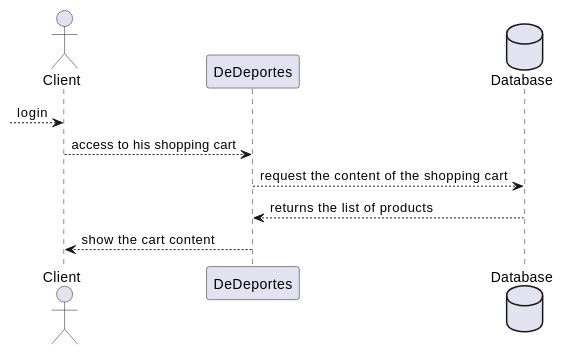
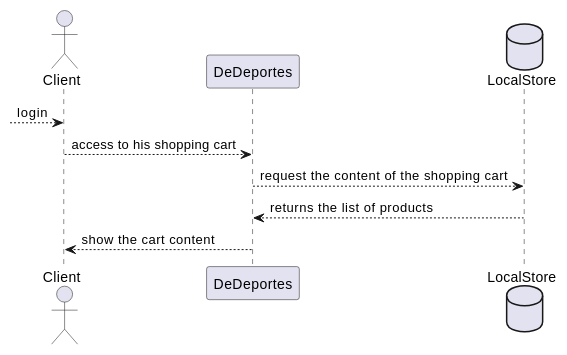
The second of 3 diagrams in docs/06_runtime_view.adoc (Arquisoft/dede_es3b), drawn with PlantUML before and after one commit. The commit also changed other lines of this file, not shown here.

```diff
--- a/docs/06_runtime_view.adoc
+++ b/docs/06_runtime_view.adoc
@@ -92,11 +70,11 @@
 [plantuml,"Sequence diagram-Shopping cart",png]
 ----
 actor Client
 participant "DeDeportes"
-database Database
+database LocalStore
 --> Client: login
 Client --> "DeDeportes": access to his shopping cart
-"DeDeportes" --> "Database": request the content of the shopping cart
-"Database" --> DeDeportes: returns the list of products
+"DeDeportes" --> "LocalStore": request the content of the shopping cart
+"LocalStore" --> DeDeportes: returns the list of products
 "DeDeportes"--> Client: show the cart content
 ----
```
